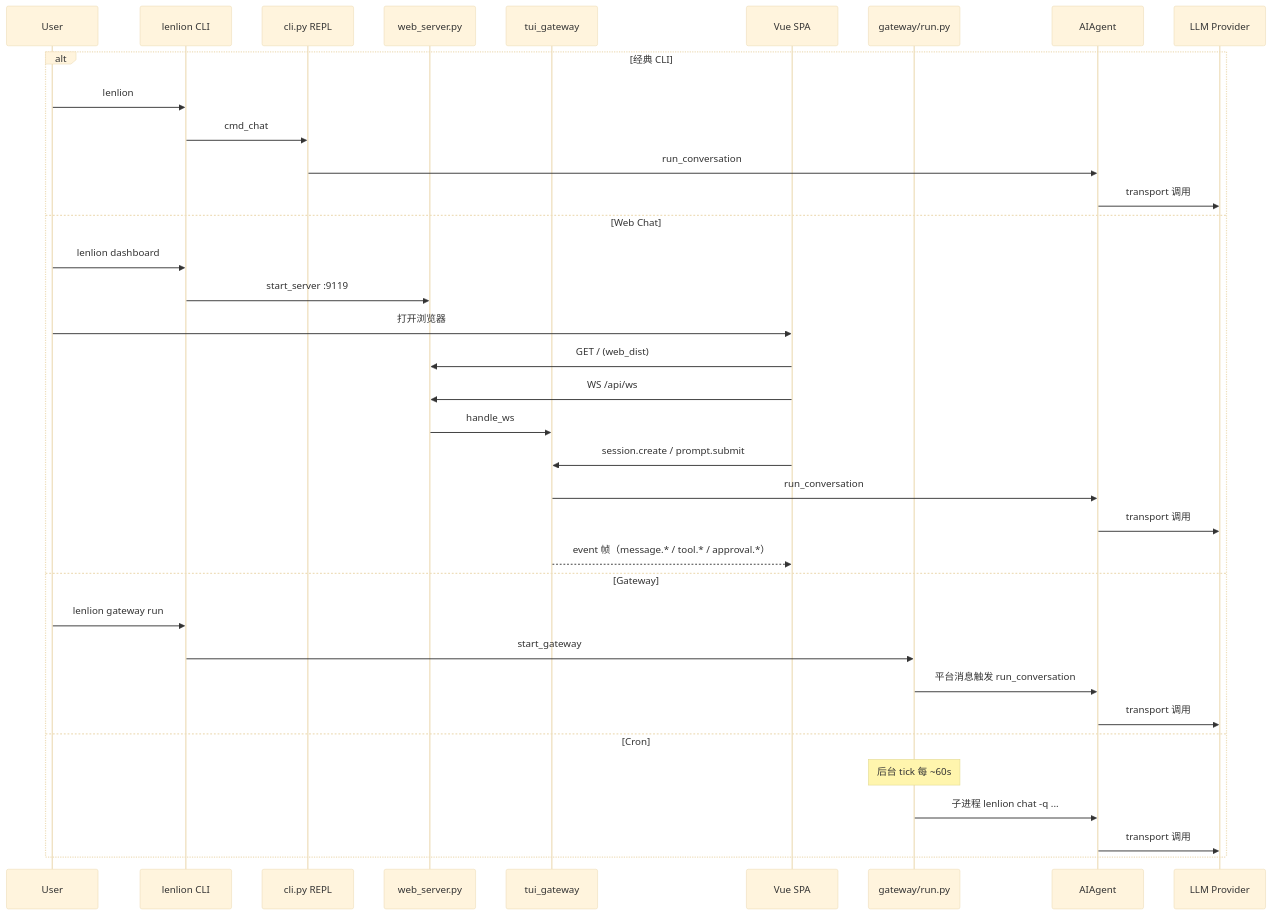
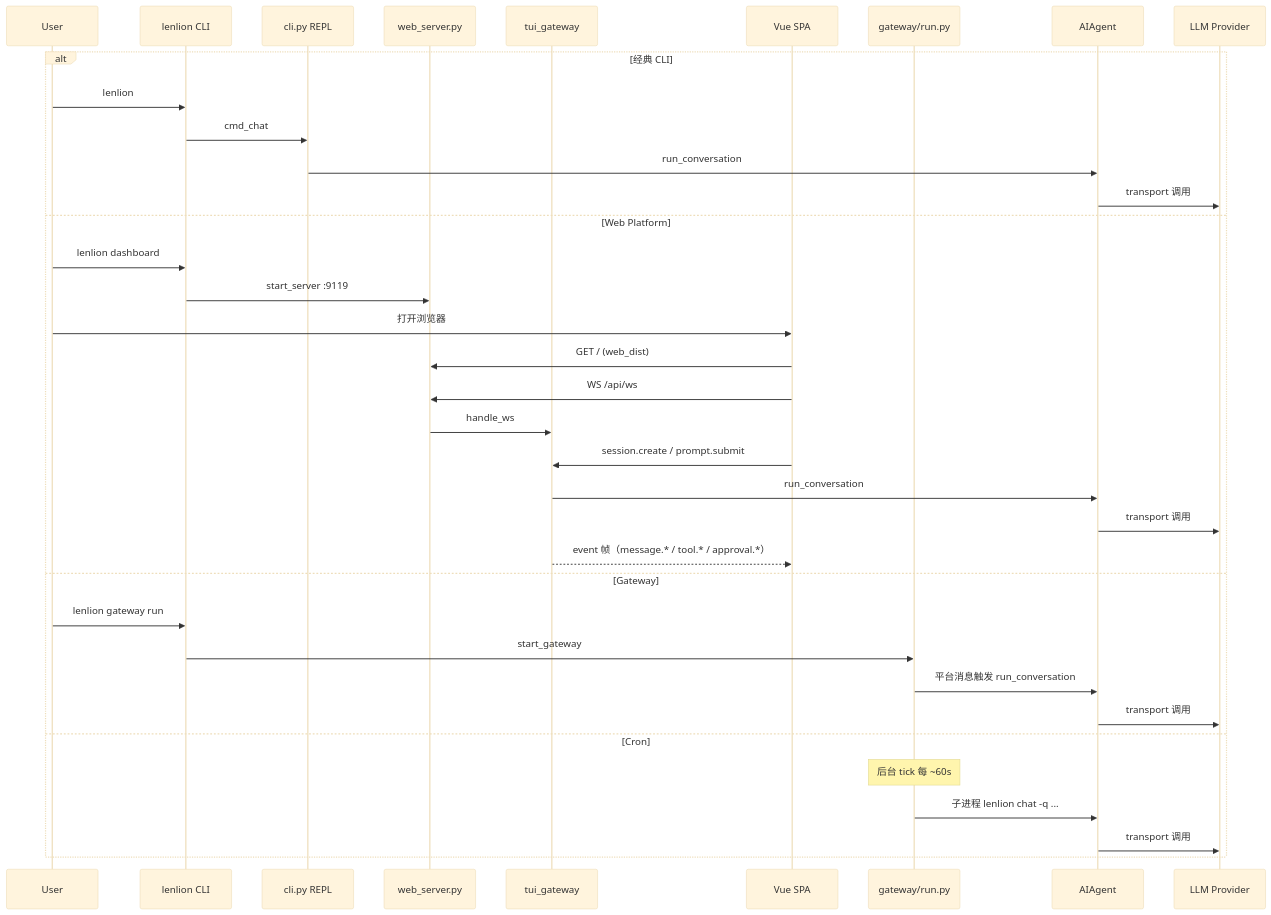
The second of 3 diagrams in ARCHITECTURE.md (lenlion4268-design/lenlion_project), drawn with Mermaid (base theme) before and after one commit. The commit also changed other lines of this file and 6 other files, not shown here.

````diff
--- a/ARCHITECTURE.md
+++ b/ARCHITECTURE.md
@@ -154,39 +169,39 @@
 ```mermaid
 sequenceDiagram
   participant User
   participant CLI as lenlion CLI
   participant REPL as cli.py REPL
   participant Dash as web_server.py
   participant TG as tui_gateway
   participant Browser as Vue SPA
   participant GW as gateway/run.py
   participant Agent as AIAgent
   participant LLM as LLM Provider
 
   alt 经典 CLI
     User->>CLI: lenlion
     CLI->>REPL: cmd_chat
     REPL->>Agent: run_conversation
     Agent->>LLM: transport 调用
-  else Web Chat
+  else Web Platform
     User->>CLI: lenlion dashboard
     CLI->>Dash: start_server :9119
     User->>Browser: 打开浏览器
     Browser->>Dash: GET / (web_dist)
     Browser->>Dash: WS /api/ws
     Dash->>TG: handle_ws
     Browser->>TG: session.create / prompt.submit
     TG->>Agent: run_conversation
     Agent->>LLM: transport 调用
     TG-->>Browser: event 帧（message.* / tool.* / approval.*）
   else Gateway
     User->>CLI: lenlion gateway run
     CLI->>GW: start_gateway
     GW->>Agent: 平台消息触发 run_conversation
     Agent->>LLM: transport 调用
   else Cron
     Note over GW: 后台 tick 每 ~60s
     GW->>Agent: 子进程 lenlion chat -q ...
     Agent->>LLM: transport 调用
   end
 ```
````
